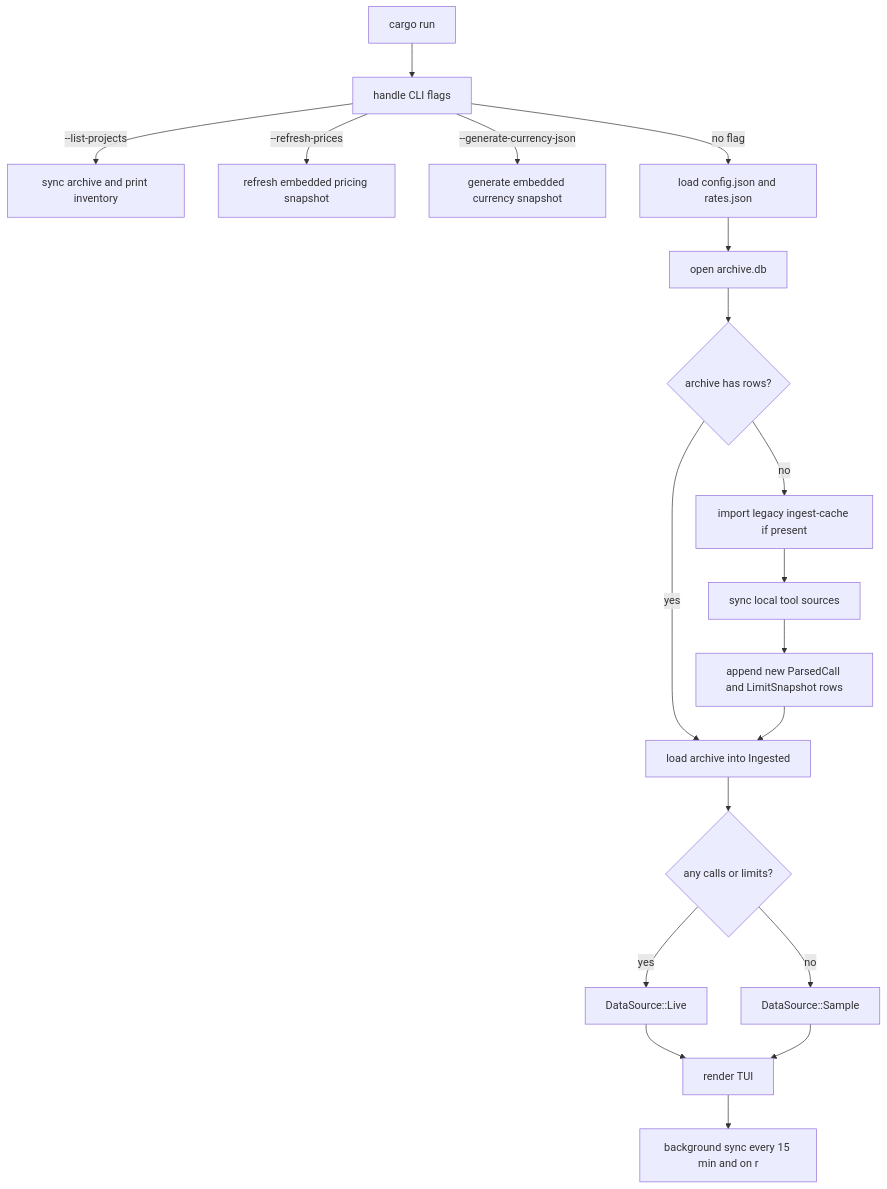
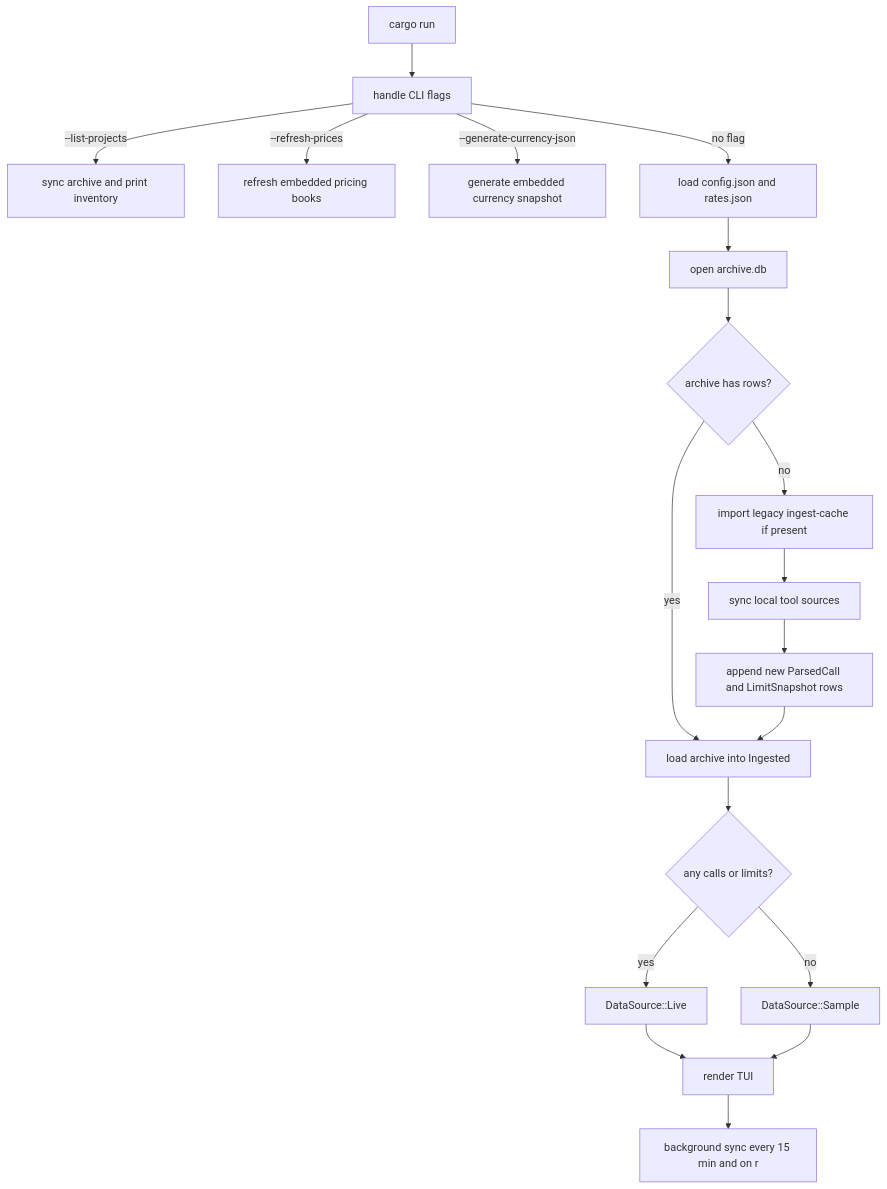
Before and after one commit to russmckendrick/tokenuse: the first of 4 diagrams in docs/development/architecture.md, drawn with Mermaid. The commit also changed other lines of this file and 8 other files, not shown here.

First line of the commit message:
📝 docs: clarify pricing books and refresh workflows

````diff
--- a/docs/development/architecture.md
+++ b/docs/development/architecture.md
@@ -7,21 +7,21 @@
 ```mermaid
 flowchart TD
     A[cargo run] --> B[handle CLI flags]
     B -->|--list-projects| C[sync archive and print inventory]
-    B -->|--refresh-prices| D[refresh embedded pricing snapshot]
+    B -->|--refresh-prices| D[refresh embedded pricing books]
     B -->|--generate-currency-json| L[generate embedded currency snapshot]
     B -->|no flag| M[load config.json and rates.json]
     M --> N[open archive.db]
     N --> O{archive has rows?}
     O -->|yes| P[load archive into Ingested]
     O -->|no| Q[import legacy ingest-cache if present]
     Q --> R[sync local tool sources]
     R --> S[append new ParsedCall and LimitSnapshot rows]
     S --> P
     P --> H{any calls or limits?}
     H -->|yes| I[DataSource::Live]
     H -->|no| J[DataSource::Sample]
     I --> K[render TUI]
     J --> K
     K --> T[background sync every 15 min and on r]
 ```
````
